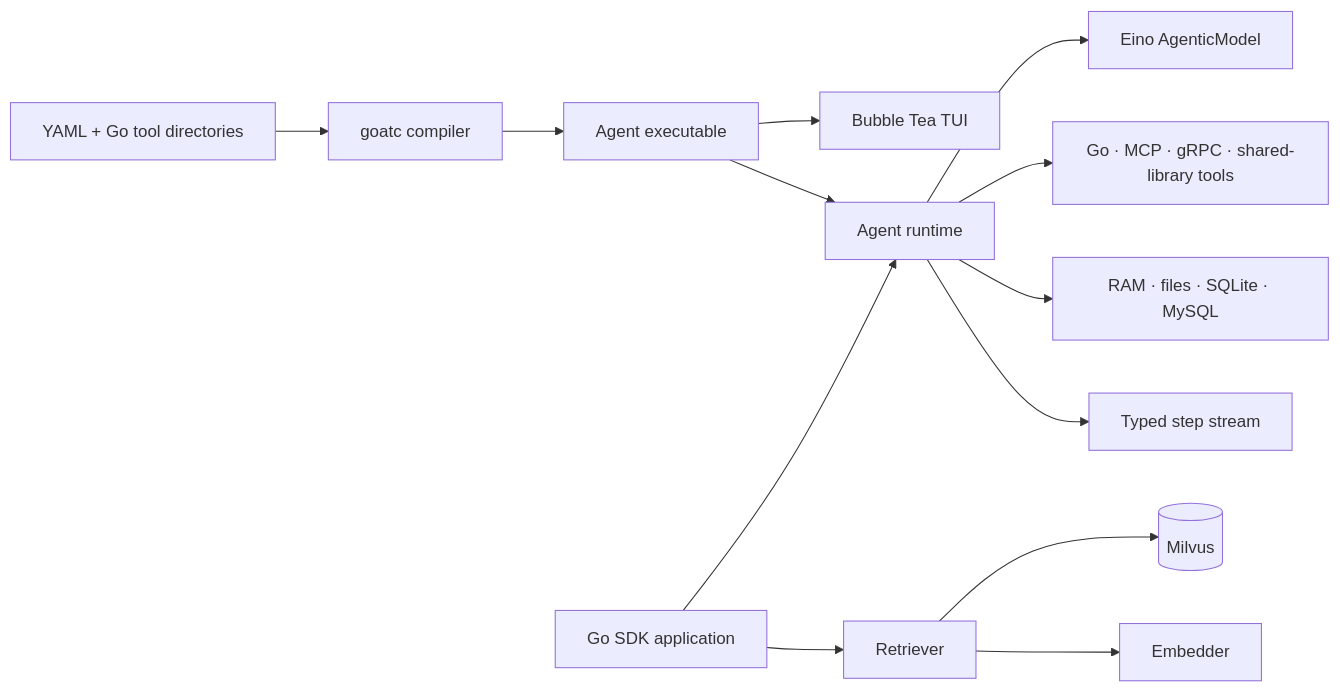
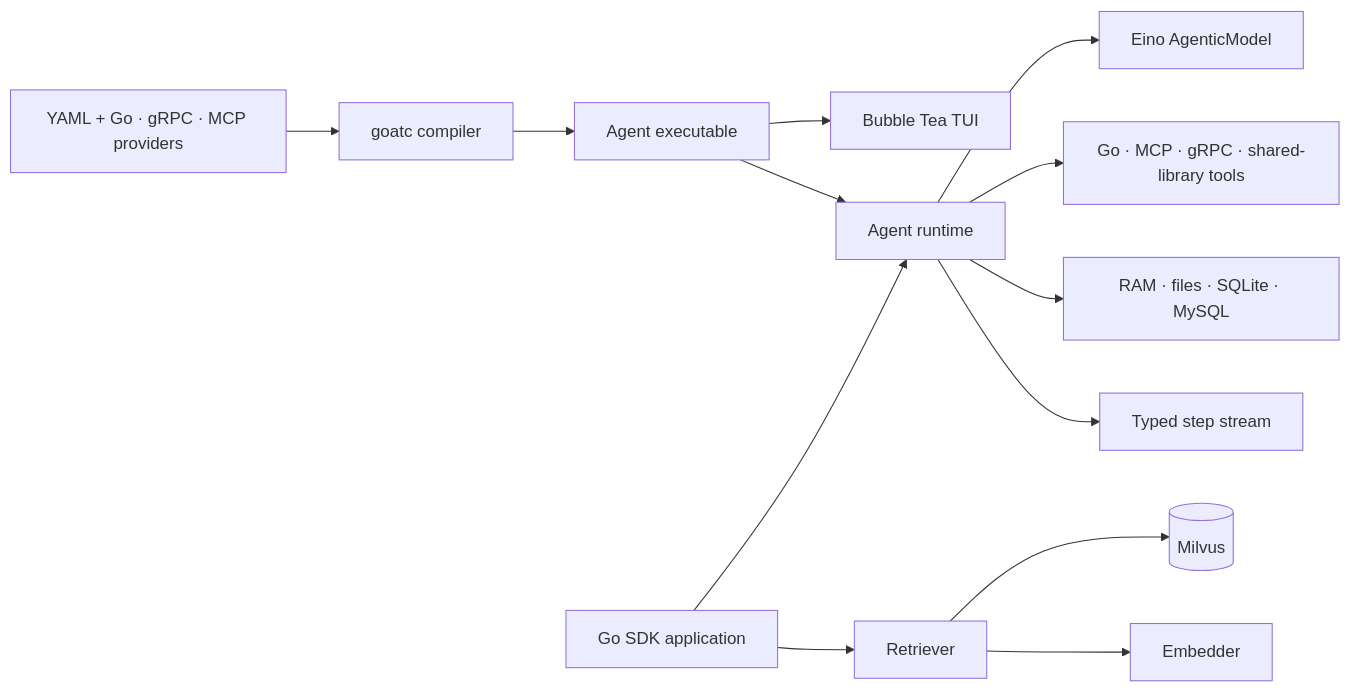
The diagram in README.md (foxtorris/goat), drawn with Mermaid before and after one commit. The commit also changed other lines of this file and 20 other files, not shown here.

````diff
--- a/README.md
+++ b/README.md
@@ -139,15 +164,15 @@
 ```mermaid
 flowchart LR
-    Source[YAML + Go tool directories] --> Goatc[goatc compiler]
+    Source[YAML + Go · gRPC · MCP providers] --> Goatc[goatc compiler]
     Goatc --> Binary[Agent executable]
     Binary --> TUI[Bubble Tea TUI]
     Binary --> Agent[Agent runtime]
     SDK[Go SDK application] --> Agent
     Agent --> Model[Eino AgenticModel]
     Agent --> Tools[Go · MCP · gRPC · shared-library tools]
     Agent --> ContextManager[RAM · files · SQLite · MySQL]
     Agent --> Steps[Typed step stream]
     SDK --> Retriever[Retriever]
     Retriever --> Milvus[(Milvus)]
     Retriever --> Embedder[Embedder]
 ```
````
